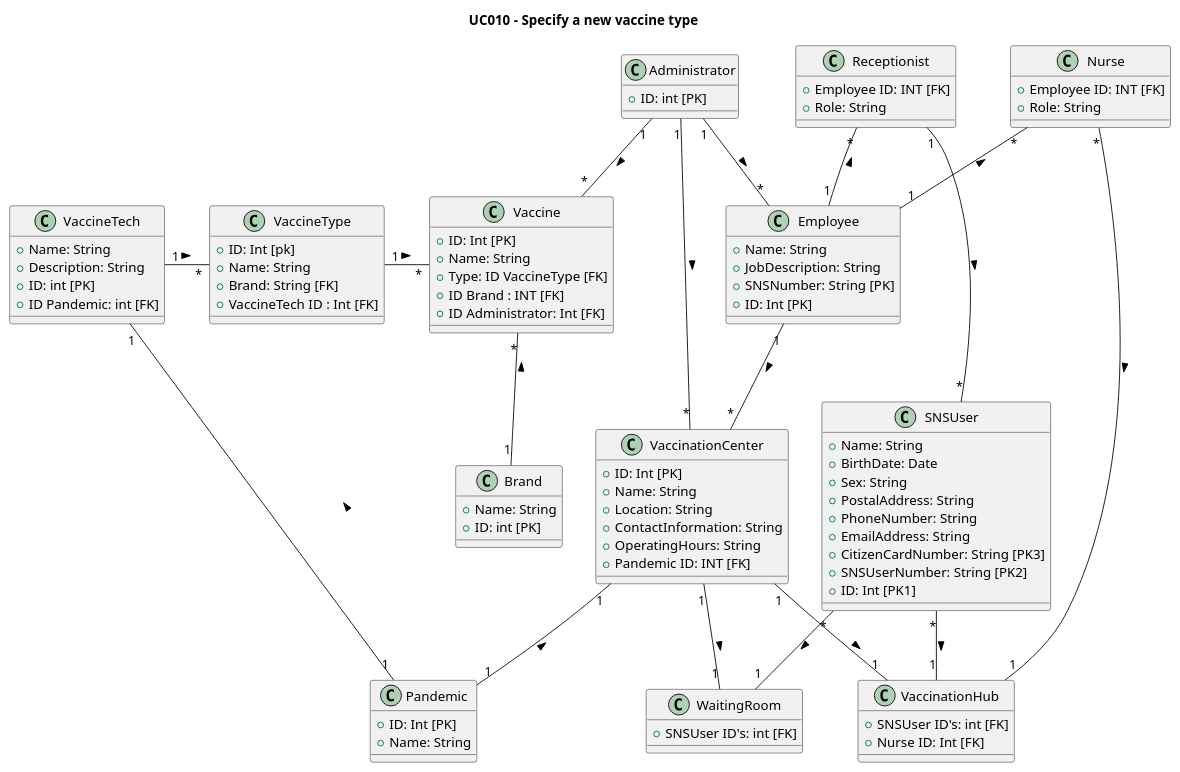
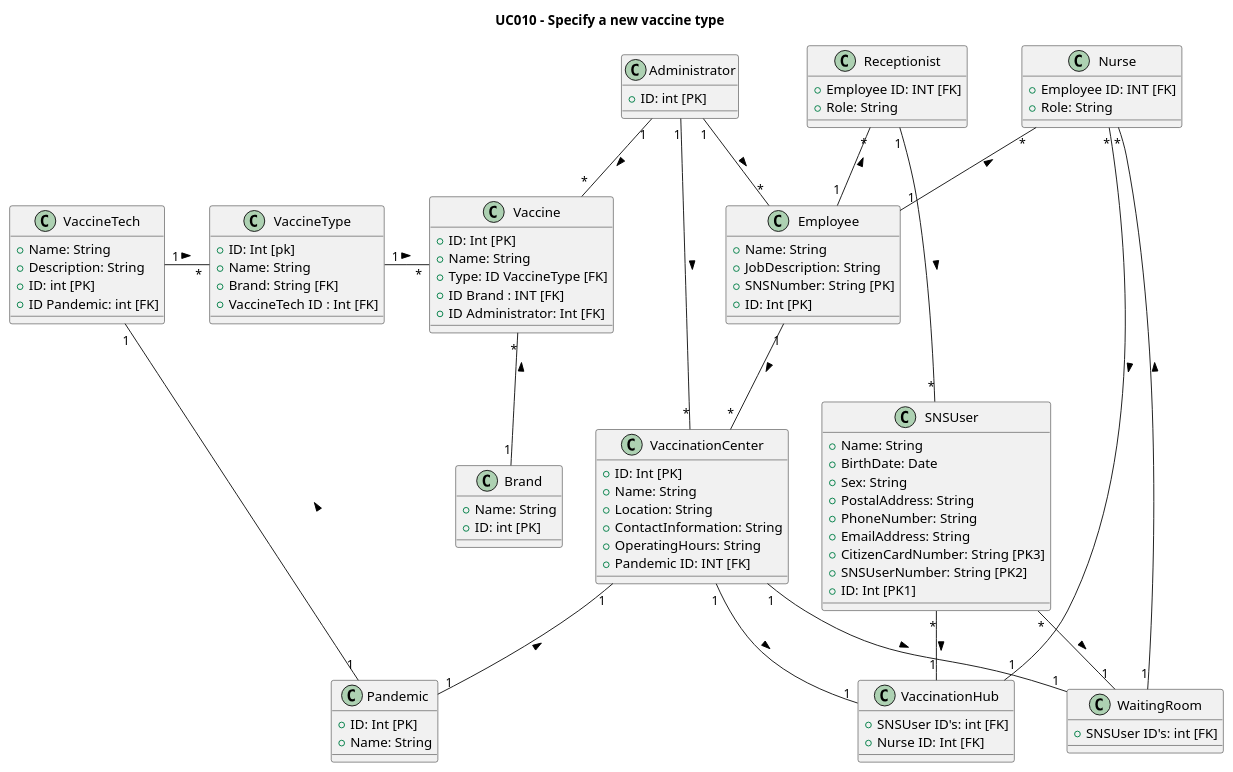
Before and after one commit to rafaafig/SnsTrab: the diagram in sns-base/doc/global/use-cases/Conceptual Model/Logic Model.puml, drawn with PlantUML. The commit also changed 1 other file, not shown here.

```diff
--- a/sns-base/doc/global/use-cases/Conceptual Model/Logic Model.puml
+++ b/sns-base/doc/global/use-cases/Conceptual Model/Logic Model.puml
@@ -1,110 +1,111 @@
 @startuml
 title UC010 - Specify a new vaccine type
 
 
 
 
 class VaccineTech{
     +Name: String
     +Description: String
     +ID: int [PK]
     +ID Pandemic: int [FK]
 
 }
 
 class Brand {
     +Name: String
     +ID: int [PK]
 }
 
 class Administrator {
     +ID: int [PK]
 }
 
 class Vaccine {
     +ID: Int [PK]
     +Name: String
     +Type: ID VaccineType [FK]
     +ID Brand : INT [FK]
     +ID Administrator: Int [FK]
 }
 
 class VaccineType {
      +ID: Int [pk]
      +Name: String
      +Brand: String [FK]
      +VaccineTech ID : Int [FK]
 }
 
 class VaccinationCenter {
     +ID: Int [PK]
     +Name: String
     +Location: String
     +ContactInformation: String
     +OperatingHours: String
     +Pandemic ID: INT [FK]
 }
 
 class Pandemic {
     +ID: Int [PK]
     +Name: String
 }
 
 class Employee {
     +Name: String
     +JobDescription: String
     +SNSNumber: String [PK]
     +ID: Int [PK]
 }
 
 class Receptionist {
     +Employee ID: INT [FK]
     +Role: String
 }
 
 class SNSUser {
     +Name: String
     +BirthDate: Date
     +Sex: String
     +PostalAddress: String
     +PhoneNumber: String
     +EmailAddress: String
     +CitizenCardNumber: String [PK3]
     +SNSUserNumber: String [PK2]
     +ID: Int [PK1]
 }
 
 class WaitingRoom{
     +SNSUser ID's: int [FK]
 }
 
 class VaccinationHub{
     +SNSUser ID's: int [FK]
     +Nurse ID: Int [FK]
 }
 
 class Nurse{
      +Employee ID: INT [FK]
      +Role: String
 }
 
 ' Relationships
 VaccinationCenter "1" -- "1" VaccinationHub: >
 VaccinationCenter "1" -- "1" WaitingRoom: >
 Nurse "*" -- "1" VaccinationHub :  >
 Nurse "*" -- "1" Employee :  <
+Nurse "*" -- "1" WaitingRoom :  <
 SNSUser "*" -- "1" VaccinationHub :  >
 SNSUser "*" -- "1" WaitingRoom :  >
 Receptionist "*" -- "1" Employee :  <
 Receptionist "1" -- "*" SNSUser :  >
 Administrator "1" -- "  *" Employee : >
 Employee "1" -- "*" VaccinationCenter :  >
 Administrator "1" -- "*" VaccinationCenter :  >
 VaccineTech "1" -- "1" Pandemic :  <
 VaccinationCenter "1" -- "1" Pandemic :  <
 Administrator "1" -- "*" Vaccine :  >
 Vaccine "*" -- "1" Brand :  <
 VaccineTech "1   "-"    *" VaccineType : >
 VaccineType "1   "-"    *"Vaccine : >
 
 @enduml
```
